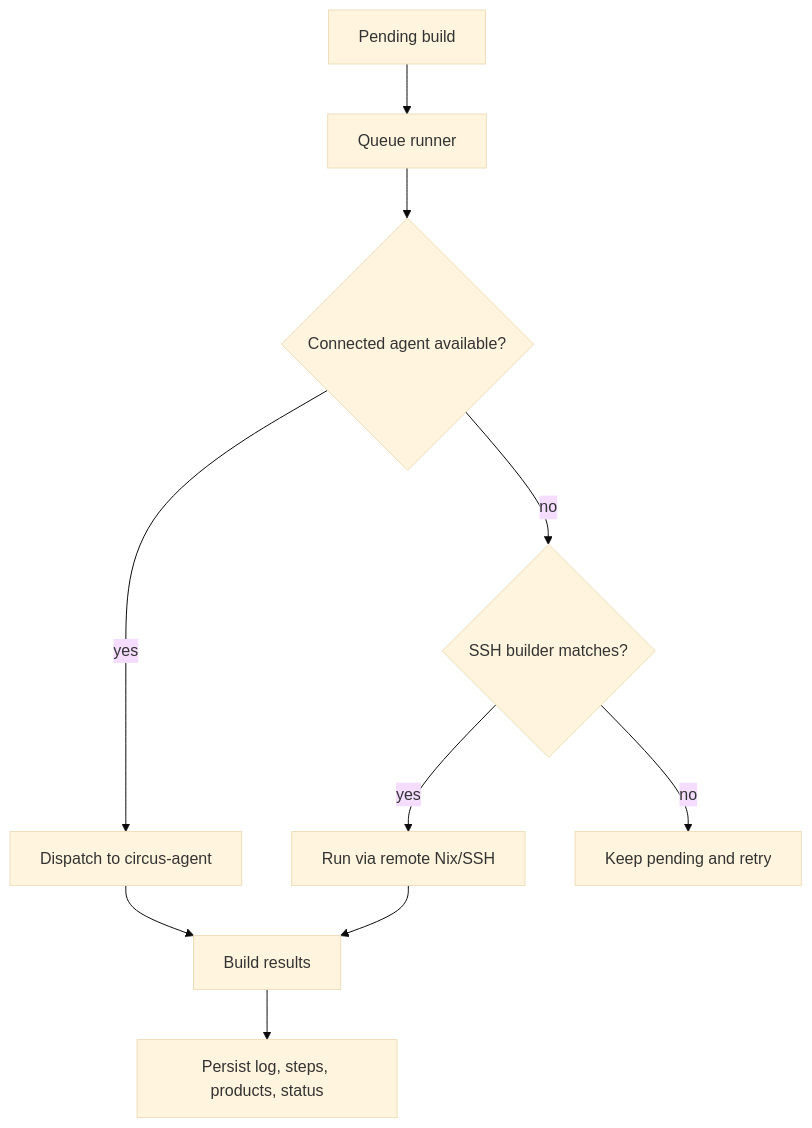
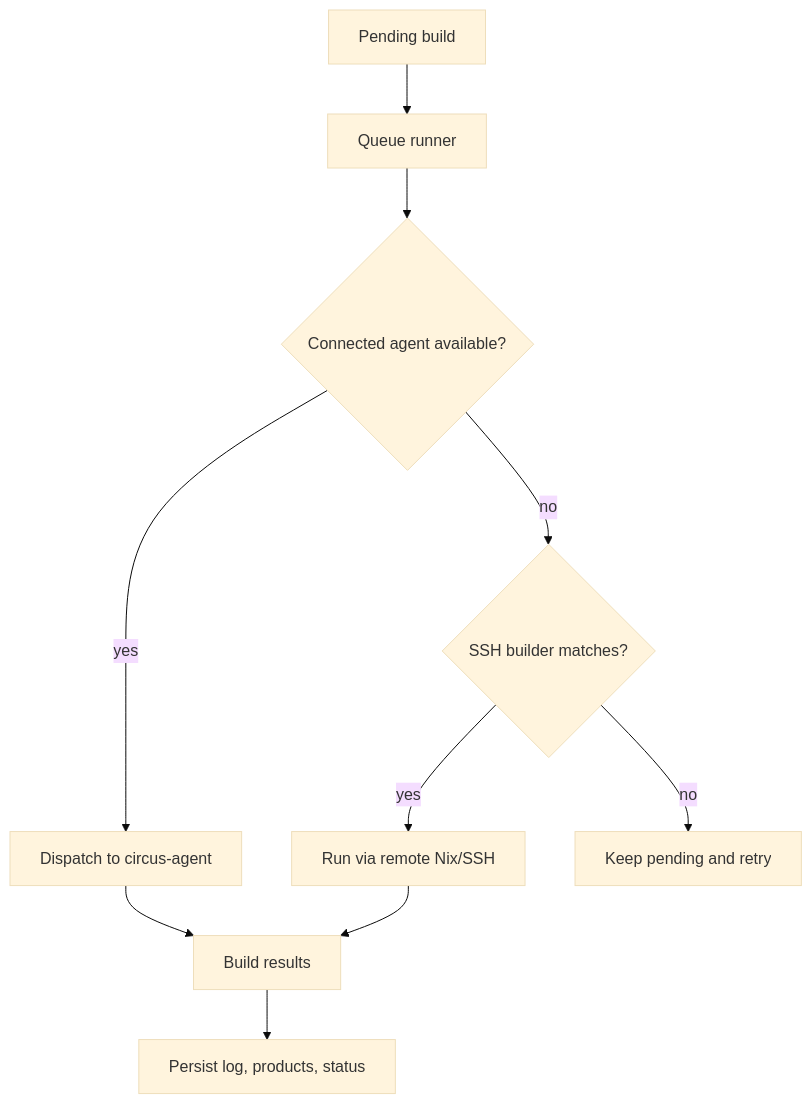
The third of 4 diagrams in docs/DESIGN.md (manic-systems/circus), drawn with Mermaid (base theme) before and after one commit. The commit also changed 6 other files, not shown here.

````diff
--- a/docs/DESIGN.md
+++ b/docs/DESIGN.md
@@ -201,12 +201,12 @@
 ```mermaid
 flowchart TD
     P["Pending build"] --> Q["Queue runner"]
     Q --> A{"Connected agent available?"}
     A -- yes --> R["Dispatch to circus-agent"]
     A -- no --> S{"SSH builder matches?"}
     S -- yes --> T["Run via remote Nix/SSH"]
     S -- no --> U["Keep pending and retry"]
     R --> V["Build results"]
     T --> V
-    V --> W["Persist log, steps, products, status"]
+    V --> W["Persist log, products, status"]
 ```
````
